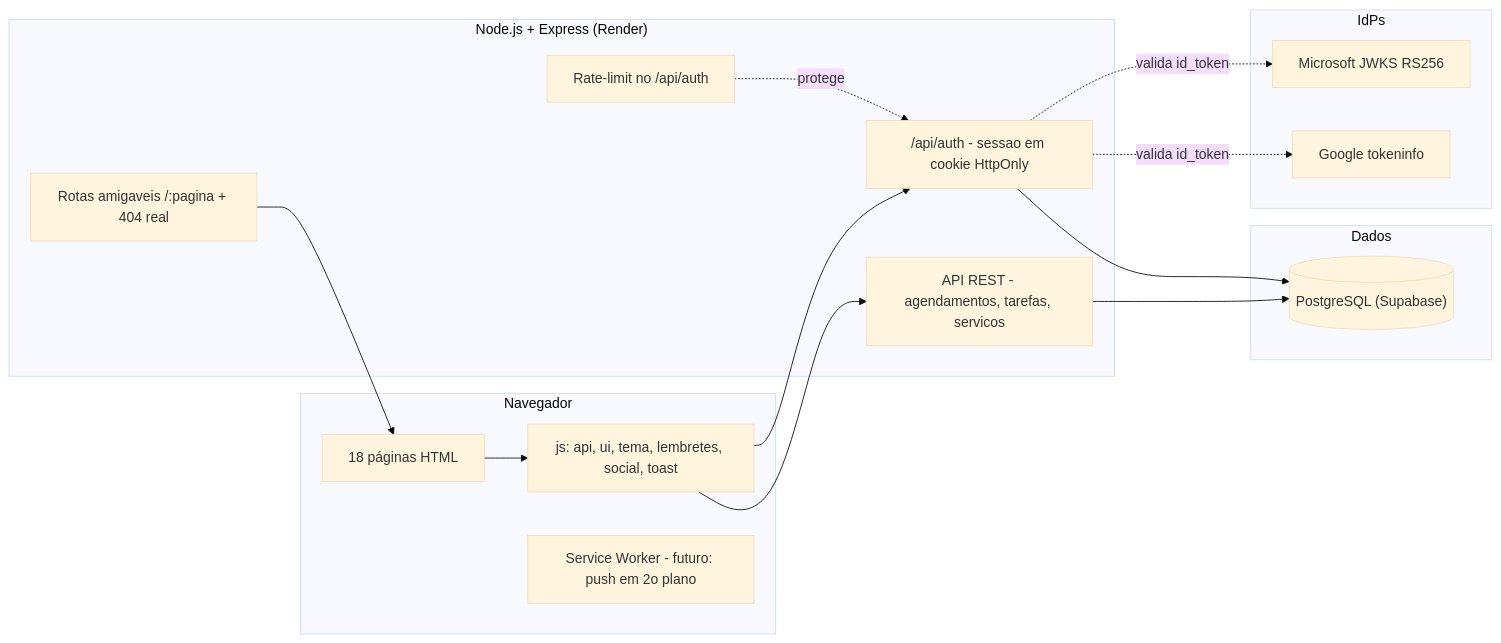
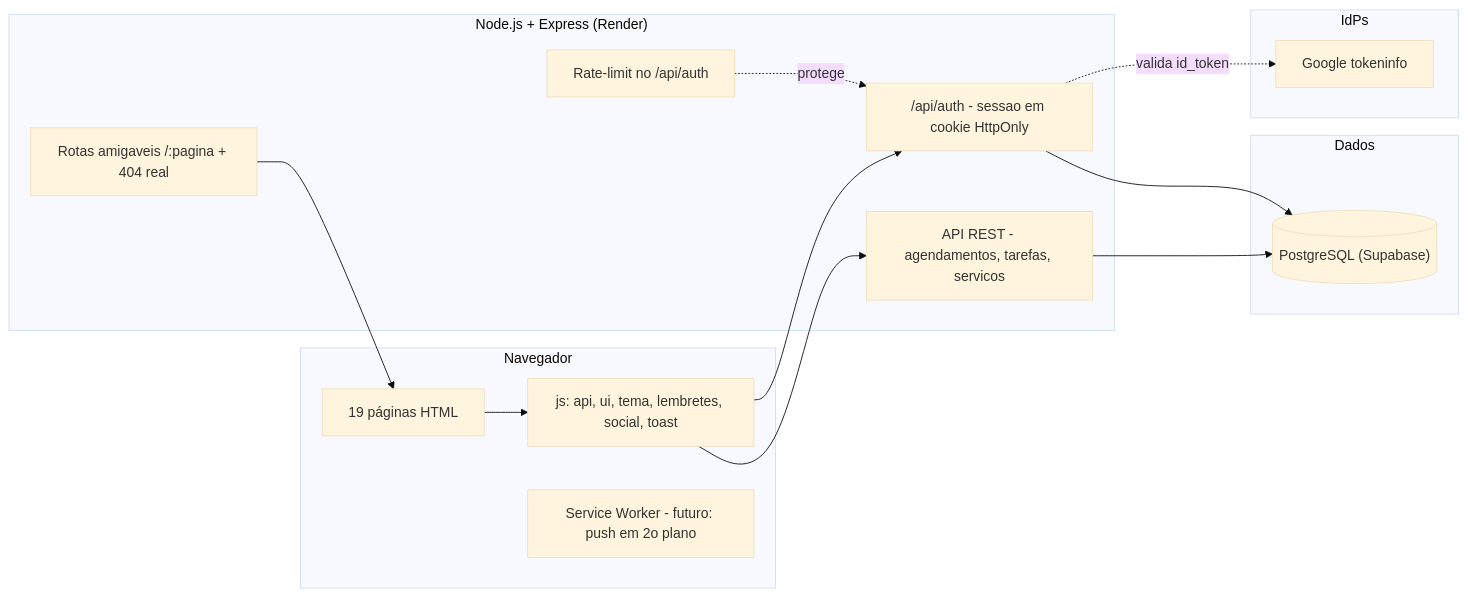
One commit to mateusACM/SAOPS changed the first of 9 diagrams in DIAGRAMAS.md. Above: the diagram before and after it, drawn with Mermaid (base theme). The commit also changed other lines of this file and 34 other files, not shown here.

Commit message:
Connect provider profiles and booking flow

````diff
--- a/DIAGRAMAS.md
+++ b/DIAGRAMAS.md
@@ -9,30 +9,28 @@
 ```mermaid
 flowchart LR
     subgraph Navegador
-        P["18 páginas HTML"]
+        P["19 páginas HTML"]
         JS["js: api, ui, tema, lembretes, social, toast"]
         SW["Service Worker - futuro: push em 2o plano"]
     end
     subgraph "Node.js + Express (Render)"
         R["Rotas amigaveis /:pagina + 404 real"]
         API["API REST - agendamentos, tarefas, servicos"]
         AUTH["/api/auth - sessao em cookie HttpOnly"]
         LIM["Rate-limit no /api/auth"]
     end
     subgraph Dados
         DB[("PostgreSQL (Supabase)")]
     end
     subgraph IdPs
         G["Google tokeninfo"]
-        M["Microsoft JWKS RS256"]
     end
     P --> JS
     JS --> API
     JS --> AUTH
     API --> DB
     AUTH --> DB
     AUTH -. valida id_token .-> G
-    AUTH -. valida id_token .-> M
     R --> P
     LIM -. protege .-> AUTH
 ```
````
